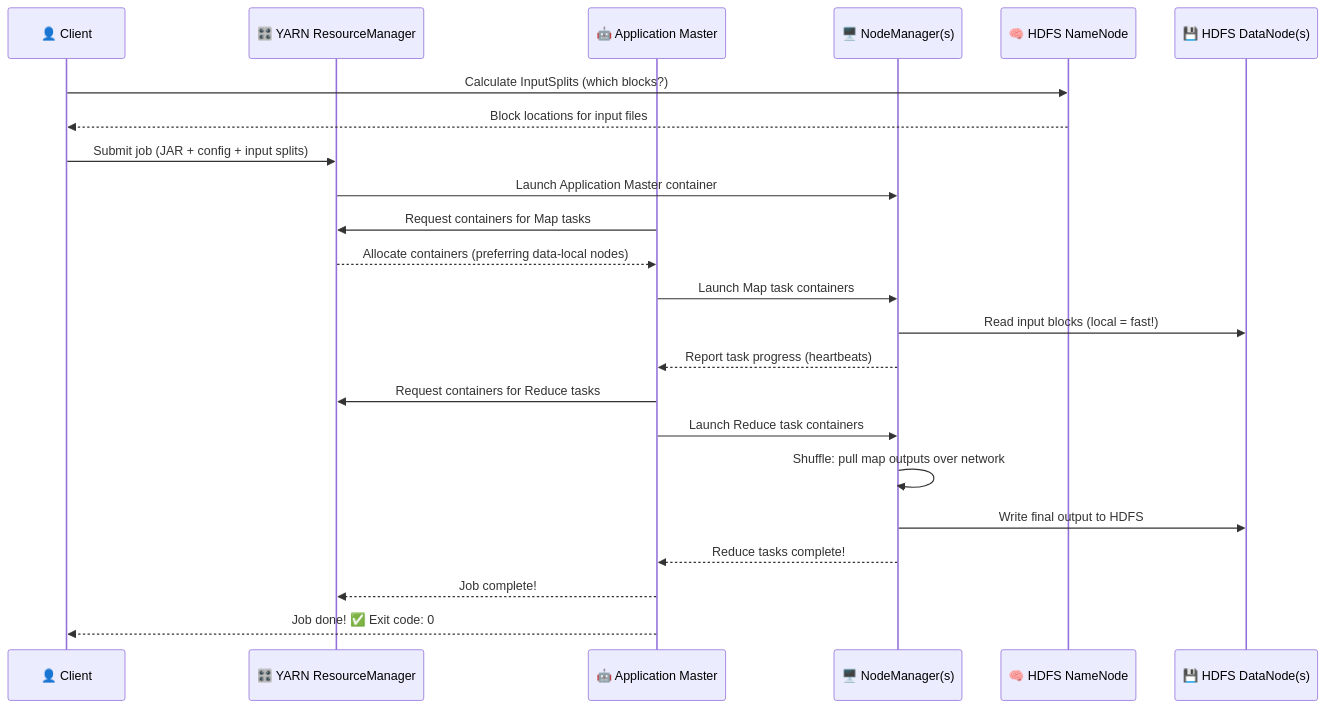
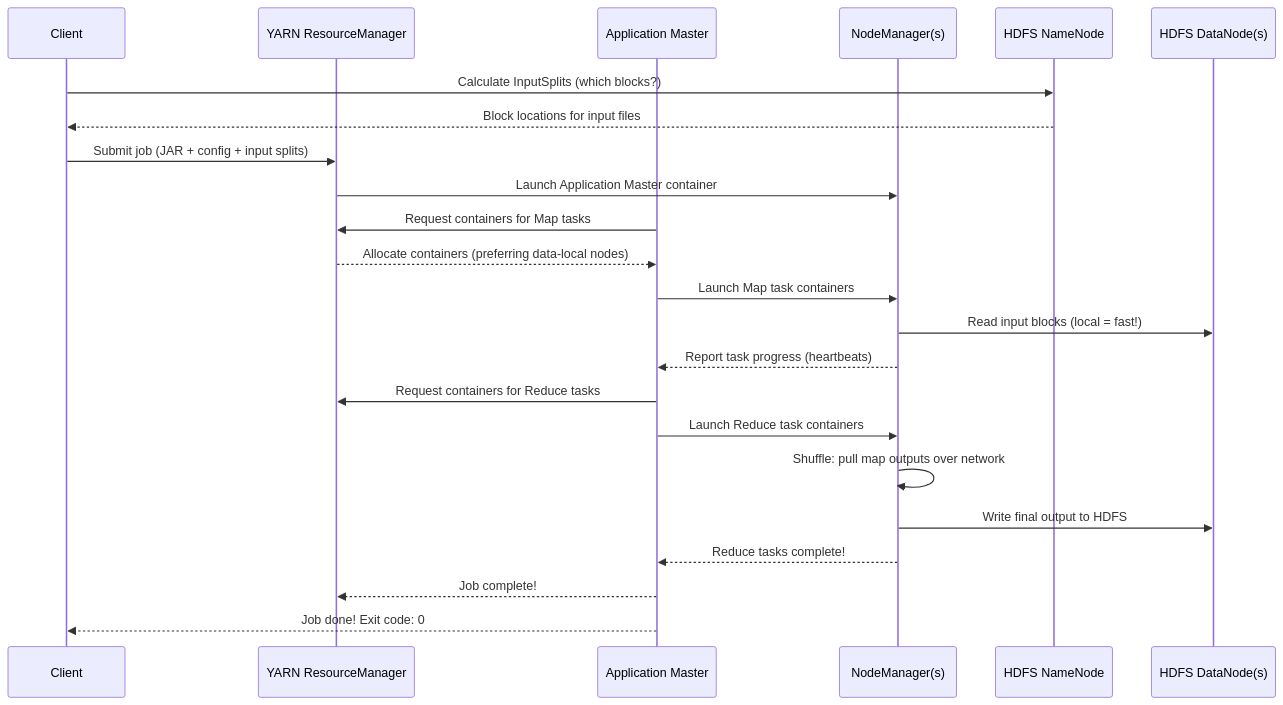
The ninth of 13 diagrams in UNITS/UNIT 3/unit-3-english-fun.md (NK2552003/Big-Data-Survival-Guide), drawn with Mermaid before and after one commit. The commit also changed other lines of this file and 78 other files, not shown here.

````diff
--- a/UNITS/UNIT 3/unit-3-english-fun.md
+++ b/UNITS/UNIT 3/unit-3-english-fun.md
@@ -1035,26 +1031,26 @@
 ```mermaid
 sequenceDiagram
-    participant C as 👤 Client
-    participant RM as 🎛️ YARN ResourceManager
-    participant AM as 🤖 Application Master
-    participant NM as 🖥️ NodeManager(s)
-    participant NN as 🧠 HDFS NameNode
-    participant DN as 💾 HDFS DataNode(s)
+ participant C as Client
+ participant RM as YARN ResourceManager
+ participant AM as Application Master
+ participant NM as NodeManager(s)
+ participant NN as HDFS NameNode
+ participant DN as HDFS DataNode(s)
 
-    C->>NN: Calculate InputSplits (which blocks?)
-    NN-->>C: Block locations for input files
-    C->>RM: Submit job (JAR + config + input splits)
-    RM->>NM: Launch Application Master container
-    AM->>RM: Request containers for Map tasks
-    RM-->>AM: Allocate containers (preferring data-local nodes)
-    AM->>NM: Launch Map task containers
-    NM->>DN: Read input blocks (local = fast!)
-    NM-->>AM: Report task progress (heartbeats)
-    AM->>RM: Request containers for Reduce tasks
-    AM->>NM: Launch Reduce task containers
-    NM->>NM: Shuffle: pull map outputs over network
-    NM->>DN: Write final output to HDFS
-    NM-->>AM: Reduce tasks complete!
-    AM-->>RM: Job complete!
-    AM-->>C: Job done! ✅ Exit code: 0
+ C->>NN: Calculate InputSplits (which blocks?)
+ NN-->>C: Block locations for input files
+ C->>RM: Submit job (JAR + config + input splits)
+ RM->>NM: Launch Application Master container
+ AM->>RM: Request containers for Map tasks
+ RM-->>AM: Allocate containers (preferring data-local nodes)
+ AM->>NM: Launch Map task containers
+ NM->>DN: Read input blocks (local = fast!)
+ NM-->>AM: Report task progress (heartbeats)
+ AM->>RM: Request containers for Reduce tasks
+ AM->>NM: Launch Reduce task containers
+ NM->>NM: Shuffle: pull map outputs over network
+ NM->>DN: Write final output to HDFS
+ NM-->>AM: Reduce tasks complete!
+ AM-->>RM: Job complete!
+ AM-->>C: Job done! Exit code: 0
 ```
````
